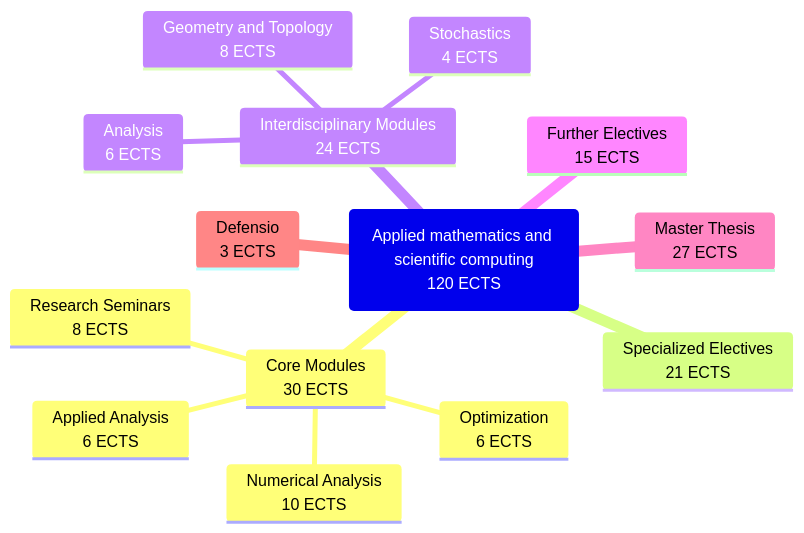
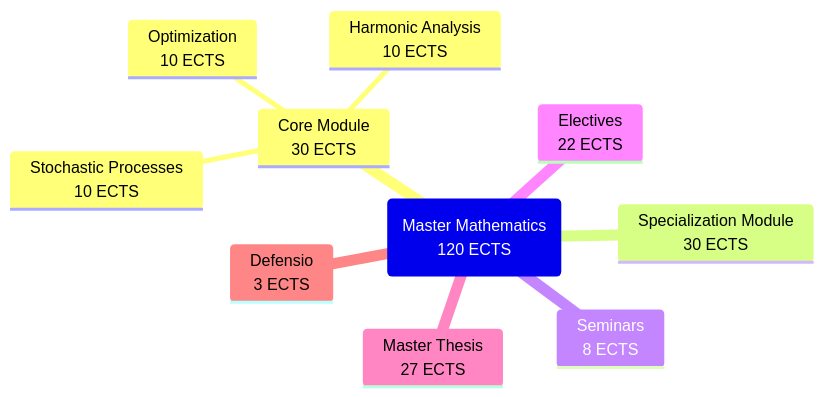
The second of 3 diagrams in _posts/2026-05-02-educational-jorney-in-vienna.md (Bg-Ch-git/bg-ch-git.github.io), drawn with Mermaid before and after one commit. The commit also changed other lines of this file and 18 other files, not shown here.

````diff
--- a/_posts/2026-05-02-educational-jorney-in-vienna.md
+++ b/_posts/2026-05-02-educational-jorney-in-vienna.md
@@ -114,17 +115,13 @@
 ```mermaid
 mindmap
-  root(Applied mathematics and scientific computing<br/>120 ECTS)
-    Core Modules<br/>30 ECTS
-      Numerical Analysis<br/>10 ECTS
-      Optimization<br/>6 ECTS
-      Applied Analysis<br/>6 ECTS
-      Research Seminars<br/>8 ECTS
-    Specialized Electives<br/>21 ECTS
-    Interdisciplinary Modules<br/>24 ECTS
-      Geometry and Topology<br/>8 ECTS
-      Analysis<br/>6 ECTS
-      Stochastics<br/>4 ECTS
-    Further Electives<br/>15 ECTS
+  root(Master Mathematics<br/>120 ECTS)
+    Core Module<br/>30 ECTS
+      Stochastic Processes<br/>10 ECTS
+      Optimization<br/>10 ECTS
+      Harmonic Analysis<br/>10 ECTS
+    Specialization Module<br/>30 ECTS
+    Seminars<br/>8 ECTS
+    Electives<br/>22 ECTS
     Master Thesis<br/>27 ECTS
     Defensio<br/>3 ECTS
 ```
````
